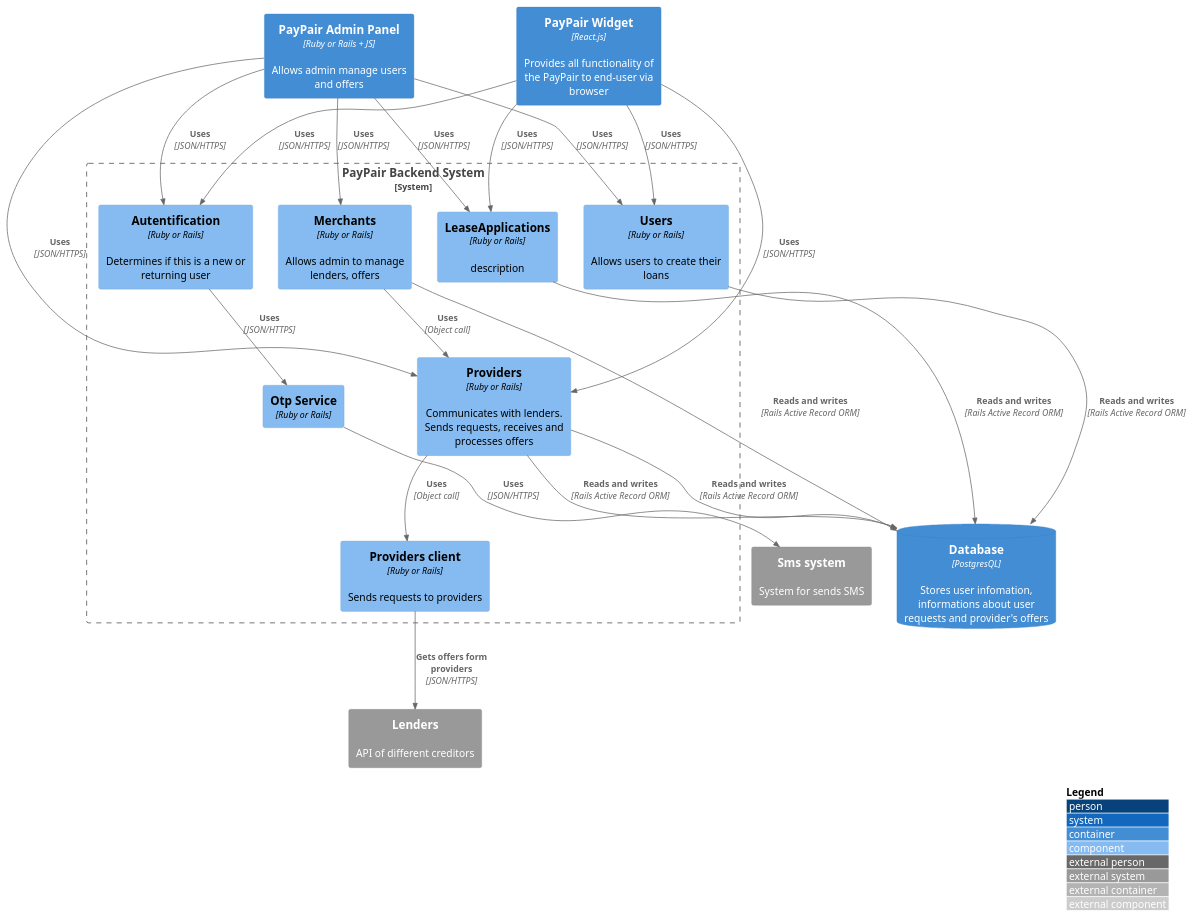
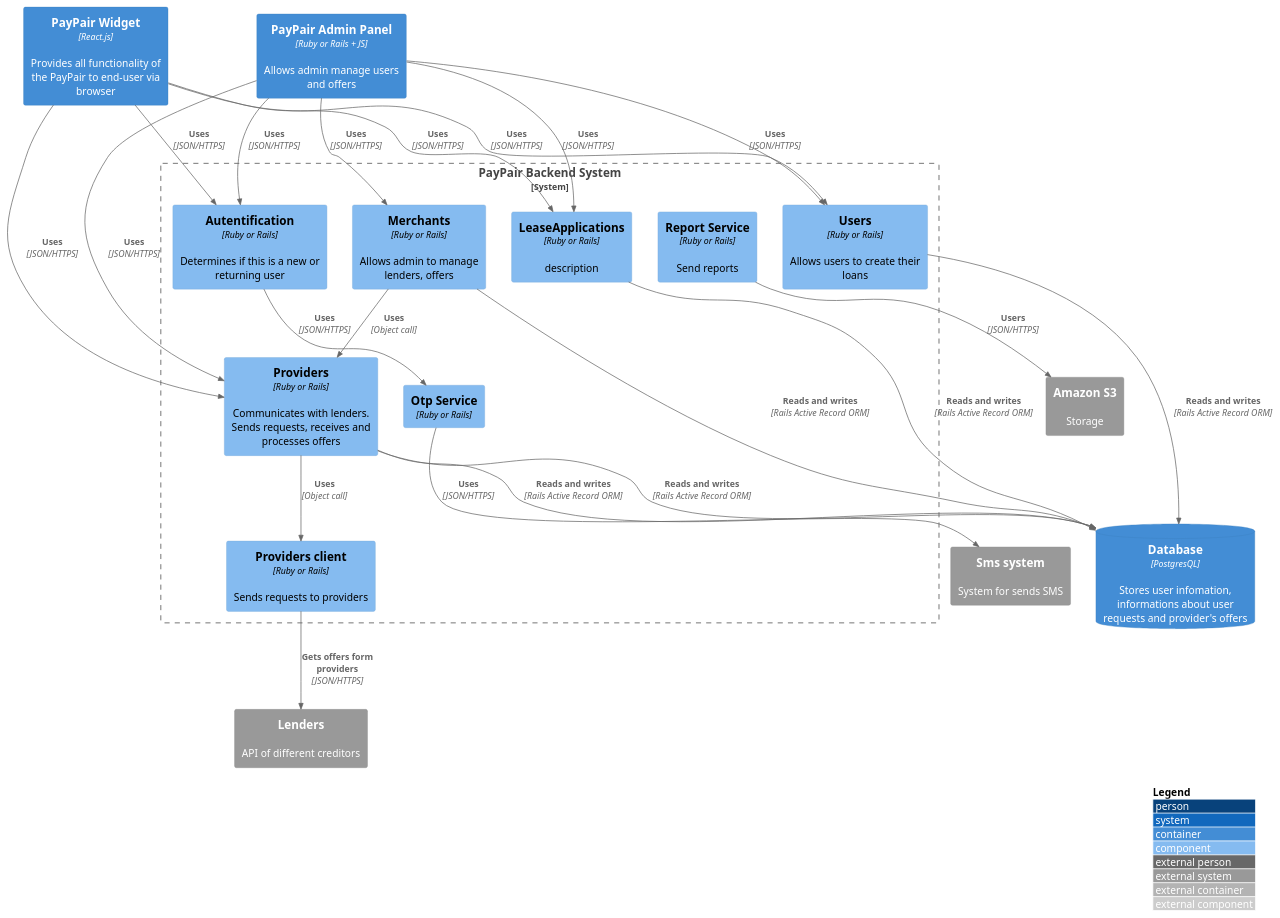
Before and after one commit to artsiomivanets/docs: the diagram in src/1.3 Diagrams for PayPair/1.3.3 Components Diagram/context.puml, drawn with PlantUML. The commit also changed 39 other files, not shown here.

```diff
--- a/src/1.3 Diagrams for PayPair/1.3.3 Components Diagram/context.puml
+++ b/src/1.3 Diagrams for PayPair/1.3.3 Components Diagram/context.puml
@@ -1,47 +1,50 @@
 @startuml
 !include https://raw.githubusercontent.com/adrianvlupu/C4-PlantUML/latest/C4_Container.puml
 !include https://raw.githubusercontent.com/adrianvlupu/C4-PlantUML/latest/C4_Component.puml
 
 LAYOUT_WITH_LEGEND()
 
 Container(pp_fe_app, "PayPair Widget", "React.js", "Provides all functionality of the PayPair to end-user via browser")
 Container(pp_admin_panel, "PayPair Admin Panel", "Ruby or Rails + JS", "Allows admin manage users and offers")
 ContainerDb(db, "Database", "PostgresQL", "Stores user infomation, informations about user requests and provider's offers")
 System_Ext(lenders, "Lenders", "API of different creditors")
 System_Ext(sms, "Sms system", "System for sends SMS")
+System_Ext(amazon, "Amazon S3", "Storage")
 
 System_Boundary(pp_system, "PayPair Backend System") {
     Component(providers, "Providers", "Ruby or Rails", "Communicates with lenders. Sends requests, receives and processes offers")
     Component(users, "Users", "Ruby or Rails", "Allows users to create their loans")
     Component(merchants, "Merchants", "Ruby or Rails", "Allows admin to manage lenders, offers")
     Component(lease_applications, "LeaseApplications", "Ruby or Rails", "description")
     Component(provider_clients, "Providers client", "Ruby or Rails", "Sends requests to providers")
     Component(autentification, "Autentification", "Ruby or Rails", "Determines if this is a new or returning user")
     Component(opt, "Otp Service", "Ruby or Rails")
+    Component(report, "Report Service", "Ruby or Rails", "Send reports")
 }
 
 Rel(provider_clients, lenders, "Gets offers form providers", "JSON/HTTPS")
 Rel(opt, sms, "Uses", "JSON/HTTPS")
 
 Rel(pp_fe_app, users, "Uses", "JSON/HTTPS")
 Rel(pp_fe_app, providers, "Uses", "JSON/HTTPS")
 Rel(pp_fe_app, lease_applications, "Uses", "JSON/HTTPS")
 Rel(pp_fe_app, autentification, "Uses", "JSON/HTTPS")
 Rel(autentification, opt, "Uses", "JSON/HTTPS")
 
 Rel(pp_admin_panel, merchants, "Uses", "JSON/HTTPS")
 Rel(pp_admin_panel, users, "Uses", "JSON/HTTPS")
 Rel(pp_admin_panel, providers, "Uses", "JSON/HTTPS")
 Rel(pp_admin_panel, lease_applications, "Uses", "JSON/HTTPS")
 Rel(pp_admin_panel, autentification, "Uses", "JSON/HTTPS")
 
 Rel(merchants, providers, "Uses", "Object call")
 
 Rel(providers, provider_clients, "Uses", "Object call")
 
 Rel(providers, db, "Reads and writes", "Rails Active Record ORM")
 Rel(users, db, "Reads and writes", "Rails Active Record ORM")
 Rel(lease_applications, db, "Reads and writes", "Rails Active Record ORM")
 Rel(merchants, db, "Reads and writes", "Rails Active Record ORM")
 Rel(providers, db, "Reads and writes", "Rails Active Record ORM")
+Rel(report, amazon, "Users", "JSON/HTTPS")
 @enduml
```
